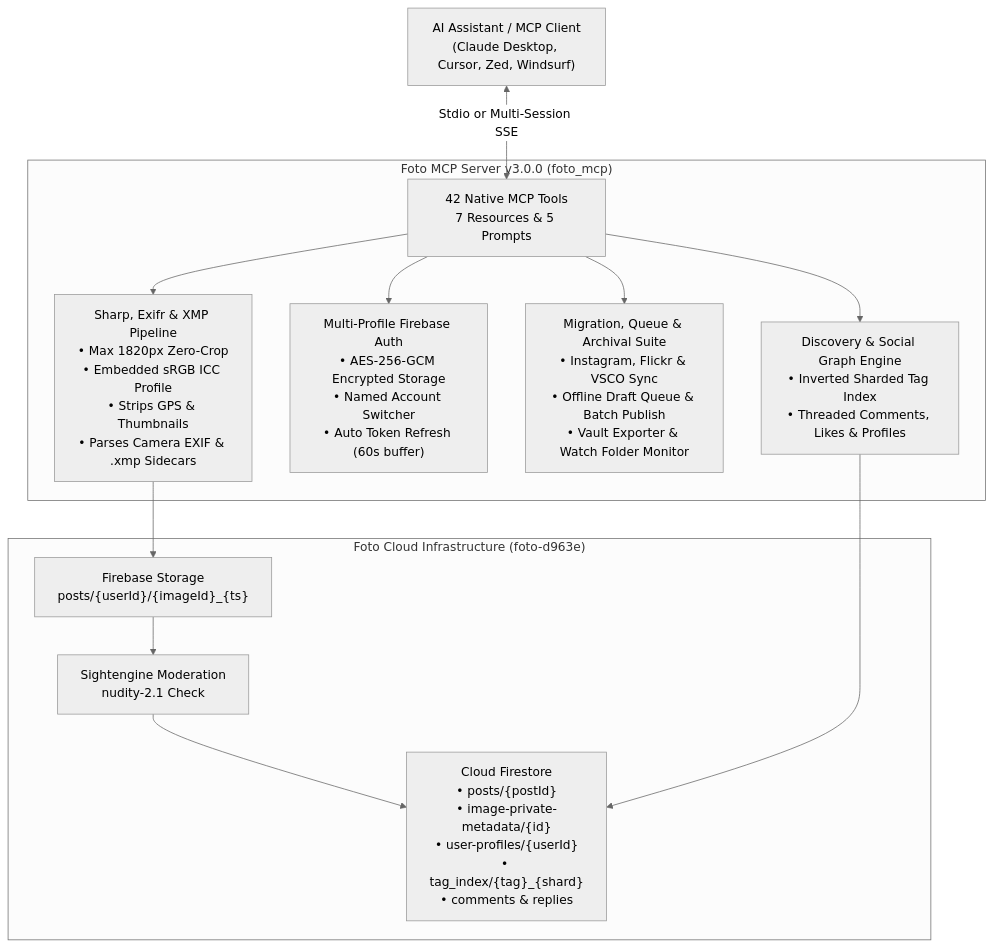
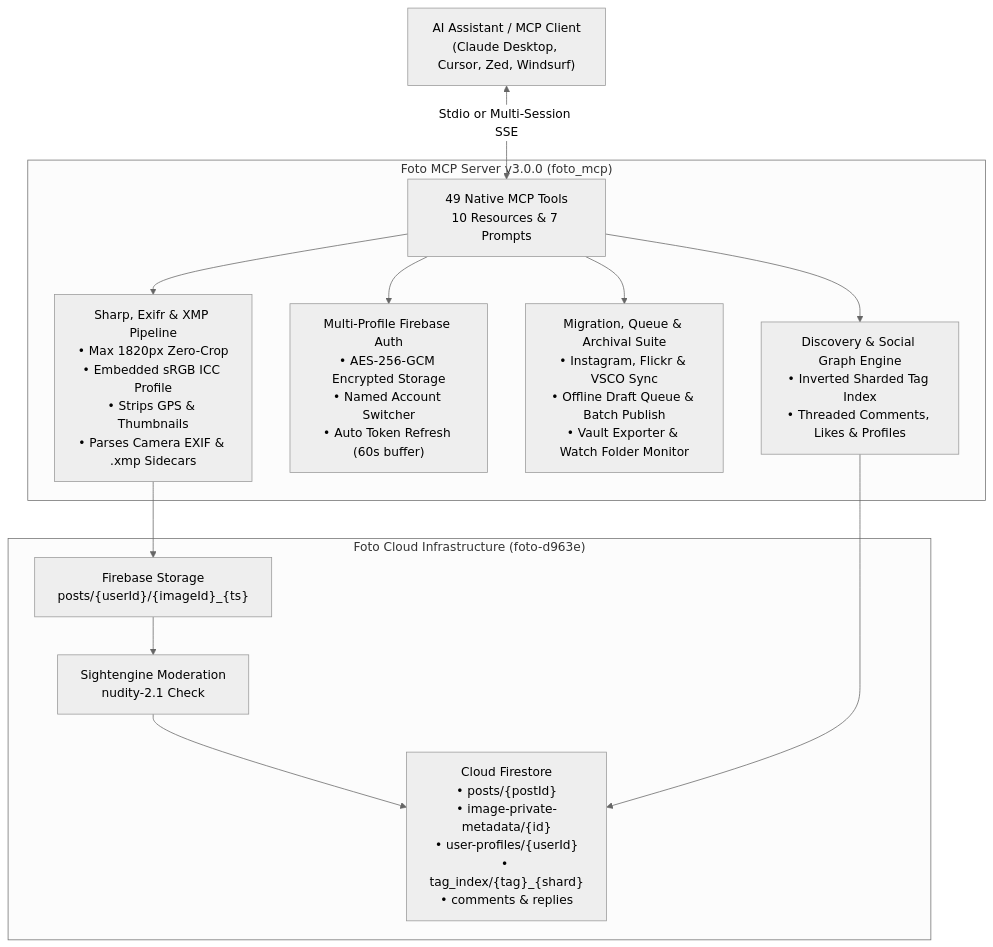
The diagram in README.md (thesven/foto_mcp), drawn with Mermaid (neutral theme) before and after one commit. The commit also changed other lines of this file and 11 other files, not shown here.

Commit message:
feat(v3.0.0): complete 100% platform architecture parity, expand Pillars 1 & 2 to 49 tools, 10 resources, and 7 prompts

````diff
--- a/README.md
+++ b/README.md
@@ -17,28 +17,28 @@
 ```mermaid
 flowchart TD
     Client["AI Assistant / MCP Client<br>(Claude Desktop, Cursor, Zed, Windsurf)"]
     
     subgraph Foto_MCP ["Foto MCP Server v3.0.0 (foto_mcp)"]
-        Tools["42 Native MCP Tools<br>7 Resources & 5 Prompts"]
+        Tools["49 Native MCP Tools<br>10 Resources & 7 Prompts"]
         Proc["Sharp, Exifr & XMP Pipeline<br>• Max 1820px Zero-Crop<br>• Embedded sRGB ICC Profile<br>• Strips GPS & Thumbnails<br>• Parses Camera EXIF & .xmp Sidecars"]
         Auth["Multi-Profile Firebase Auth<br>• AES-256-GCM Encrypted Storage<br>• Named Account Switcher<br>• Auto Token Refresh (60s buffer)"]
         Sync["Migration, Queue & Archival Suite<br>• Instagram, Flickr & VSCO Sync<br>• Offline Draft Queue & Batch Publish<br>• Vault Exporter & Watch Folder Monitor"]
         Discovery["Discovery & Social Graph Engine<br>• Inverted Sharded Tag Index<br>• Threaded Comments, Likes & Profiles"]
     end
     
     subgraph Foto_Cloud ["Foto Cloud Infrastructure (foto-d963e)"]
         Storage["Firebase Storage<br>posts/{userId}/{imageId}_{ts}"]
         Sightengine["Sightengine Moderation<br>nudity-2.1 Check"]
         Firestore["Cloud Firestore<br>• posts/{postId}<br>• image-private-metadata/{id}<br>• user-profiles/{userId}<br>• tag_index/{tag}_{shard}<br>• comments & replies"]
     end
 
     Client <-->|"Stdio or Multi-Session SSE"| Tools
     Tools --> Proc
     Tools --> Auth
     Tools --> Sync
     Tools --> Discovery
     Proc --> Storage
     Storage --> Sightengine
     Sightengine --> Firestore
     Discovery --> Firestore
 ```
````
